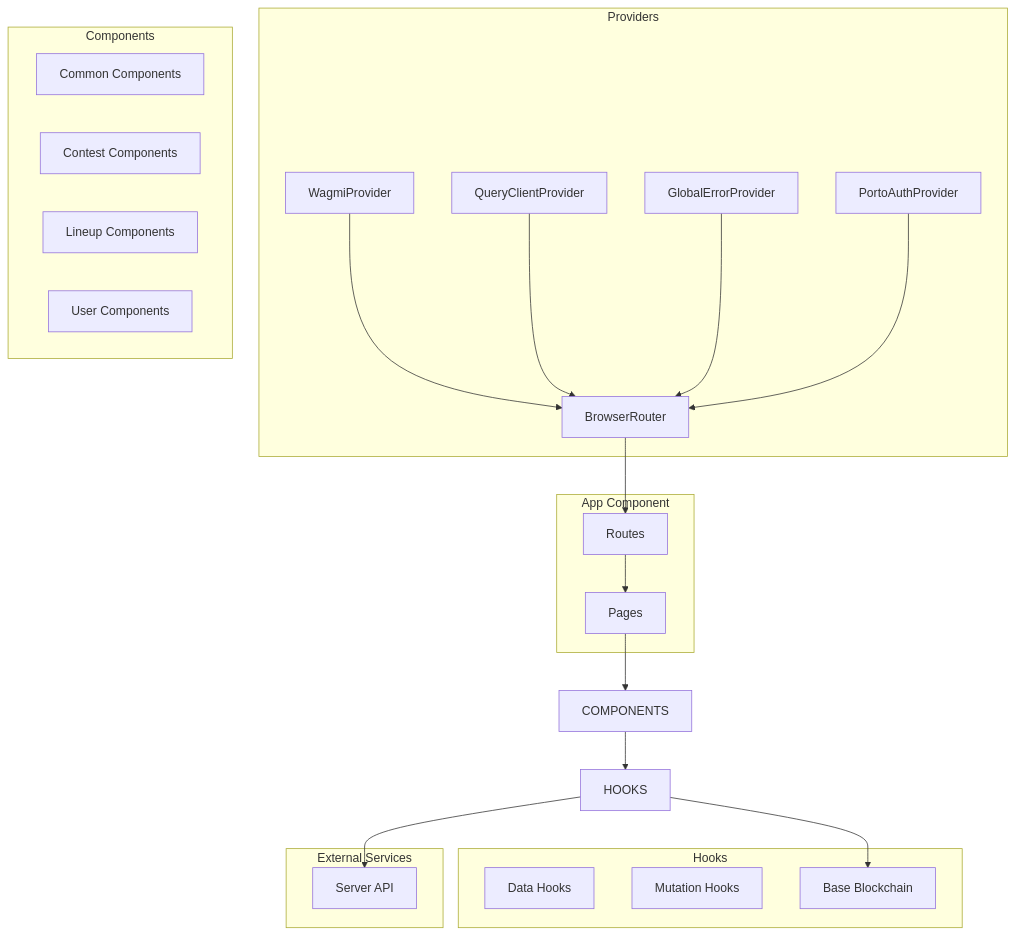
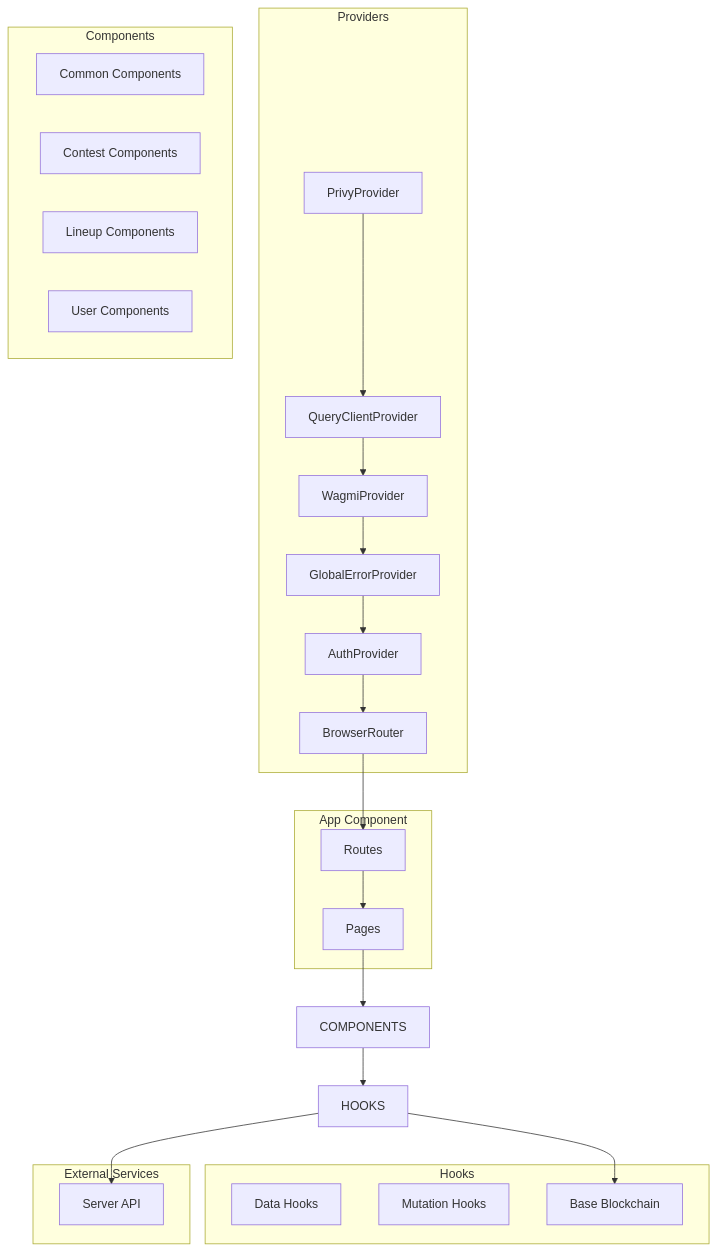
One commit to MagRelo/cut changed the first of 5 diagrams in spec/client/architecture.md. Above: the diagram before and after it, drawn with Mermaid. The commit also changed other lines of this file and 62 other files, not shown here.

````diff
--- a/spec/client/architecture.md
+++ b/spec/client/architecture.md
@@ -5,44 +5,46 @@
 ```mermaid
 graph TB
     subgraph providers[Providers]
+        PRIVY[PrivyProvider]
+        QUERY[QueryClientProvider]
         WAGMI[WagmiProvider]
-        QUERY[QueryClientProvider]
         ERROR[GlobalErrorProvider]
-        AUTH[PortoAuthProvider]
+        AUTH[AuthProvider]
         ROUTER[BrowserRouter]
     end
     
     subgraph app[App Component]
         ROUTES[Routes]
         PAGES[Pages]
     end
     
     subgraph components[Components]
         COMMON[Common Components]
         CONTEST[Contest Components]
         LINEUP[Lineup Components]
         USER[User Components]
     end
     
     subgraph hooks[Hooks]
         DATA[Data Hooks]
         MUTATION[Mutation Hooks]
         BLOCKCHAIN[Blockchain Hooks]
     end
     
     subgraph external[External Services]
         API[Server API]
         BLOCKCHAIN[Base Blockchain]
     end
     
-    WAGMI --> ROUTER
-    QUERY --> ROUTER
-    ERROR --> ROUTER
+    PRIVY --> QUERY
+    QUERY --> WAGMI
+    WAGMI --> ERROR
+    ERROR --> AUTH
     AUTH --> ROUTER
     ROUTER --> ROUTES
     ROUTES --> PAGES
     PAGES --> COMPONENTS
     COMPONENTS --> HOOKS
     HOOKS --> API
     HOOKS --> BLOCKCHAIN
 ```
````
